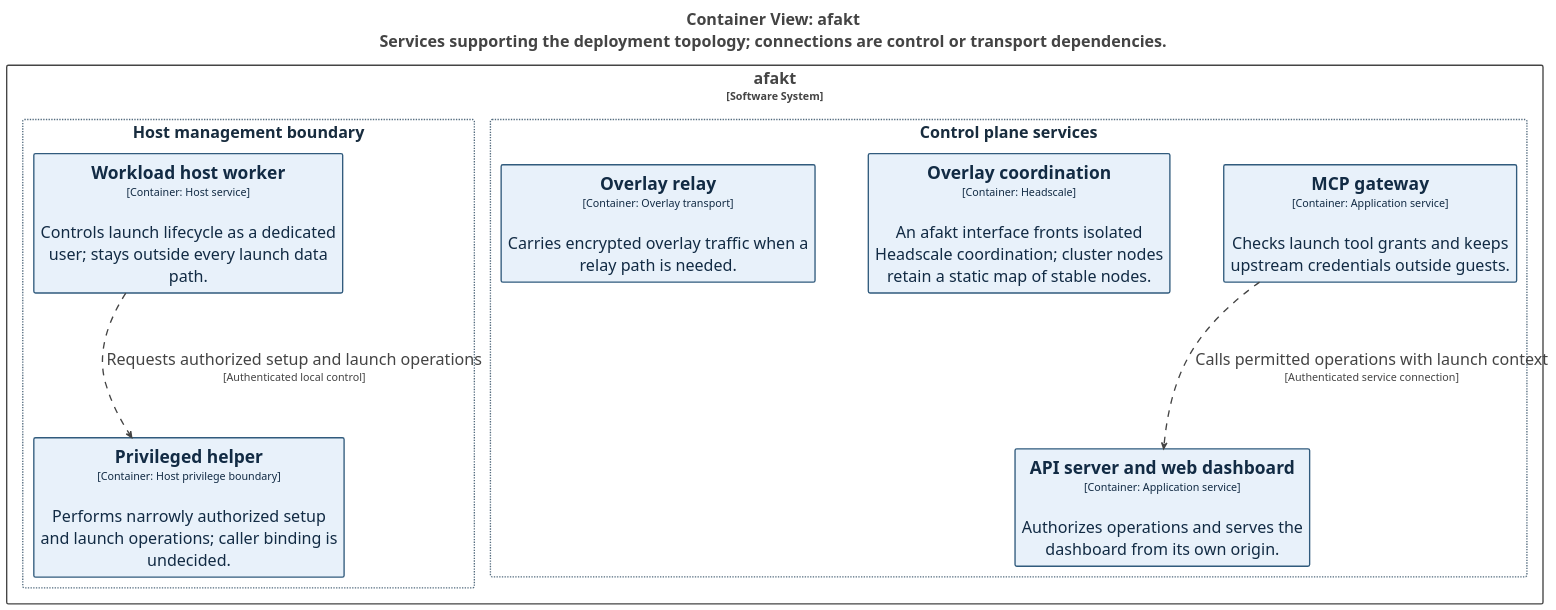
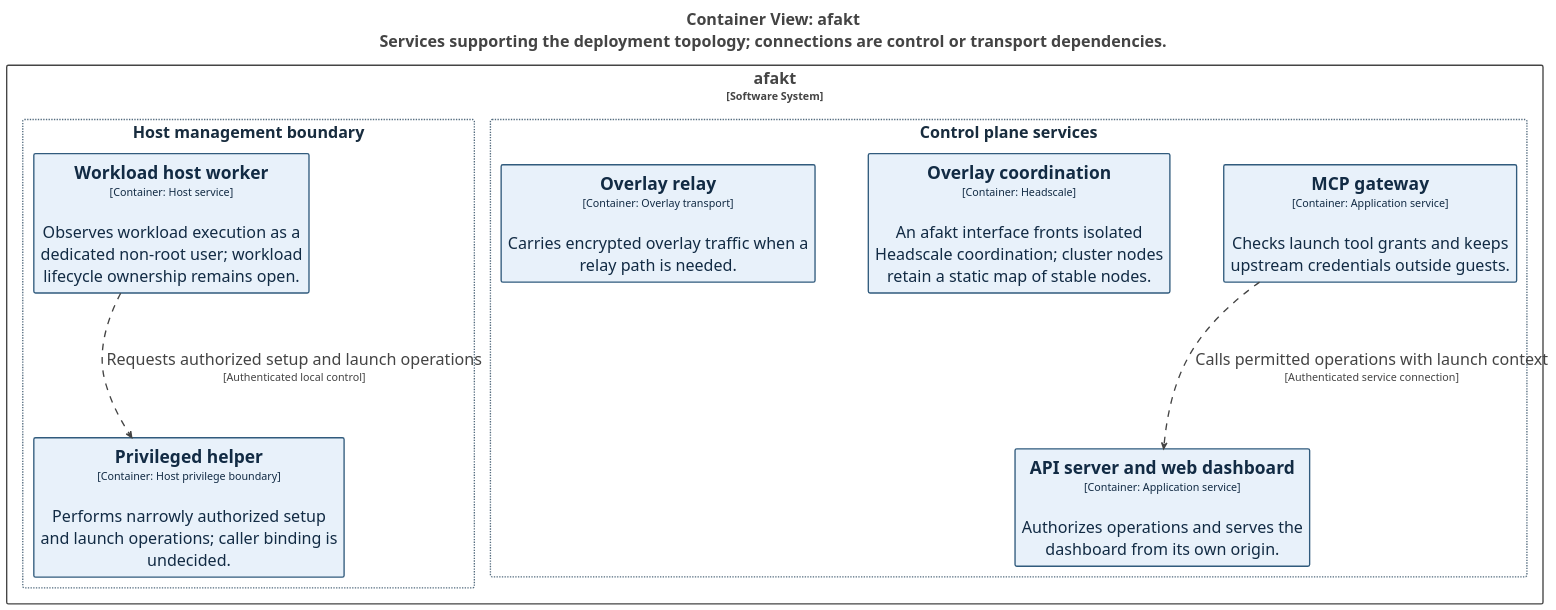
One commit to tbhb-dev/afakt changed the diagram in docs/diagrams/structurizr-network-service-boundaries.puml. Above: the diagram before and after it, drawn with PlantUML. The commit also changed 19 other files, not shown here.

First line of the commit message:
docs: define workload resources and lifecycle boundaries

```diff
--- a/docs/diagrams/structurizr-network-service-boundaries.puml
+++ b/docs/diagrams/structurizr-network-service-boundaries.puml
@@ -1,94 +1,94 @@
 @startuml
 title <size:24>Container View: afakt</size>\n<size:24>Services supporting the deployment topology; connections are control or transport dependencies.</size>
 
 set separator none
 top to bottom direction
 skinparam ranksep 20
 skinparam nodesep 5
 hide stereotype
 
 skinparam {
   nodesep 80
   ranksep 160
 }
 
 <style>
   root {
     BackgroundColor: #ffffff;
     FontColor: #444444;
   }
   // Element,Topology
   .Element-RWxlbWVudCxUb3BvbG9neQ== {
     BackgroundColor: #e8f1fa;
     LineColor: #315b7d;
     LineStyle: 0;
     LineThickness: 2;
     FontColor: #122b44;
     FontSize: 24;
     HorizontalAlignment: center;
     Shadowing: 0;
     MaximumWidth: 450;
   }
   // Relationship
   .Relationship-UmVsYXRpb25zaGlw {
     LineThickness: 2;
     LineStyle: 10-10;
     LineColor: #444444;
     FontColor: #444444;
     FontSize: 24;
     MaximumWidth: 200;
   }
   // afakt
   .Boundary-YWZha3Q= {
     BackgroundColor: #ffffff;
     LineColor: #444444;
     LineStyle: 0;
     LineThickness: 2;
     FontColor: #444444;
     FontSize: 24;
     HorizontalAlignment: center;
     Shadowing: 0;
   }
   // Control plane services
   .Group-Q29udHJvbCBwbGFuZSBzZXJ2aWNlcw== {
     BackgroundColor: #ffffff;
     LineColor: #536b7e;
     LineStyle: 2-2;
     LineThickness: 2;
     FontColor: #182c3e;
     FontSize: 24;
     HorizontalAlignment: center;
     Shadowing: 0;
   }
   // Host management boundary
   .Group-SG9zdCBtYW5hZ2VtZW50IGJvdW5kYXJ5 {
     BackgroundColor: #ffffff;
     LineColor: #536b7e;
     LineStyle: 2-2;
     LineThickness: 2;
     FontColor: #182c3e;
     FontSize: 24;
     HorizontalAlignment: center;
     Shadowing: 0;
   }
 </style>
 
 rectangle "afakt\n<size:16>[Software System]</size>" <<Boundary-YWZha3Q=>> {
   rectangle "Control plane services" <<Group-Q29udHJvbCBwbGFuZSBzZXJ2aWNlcw==>> as group1 {
     rectangle "==API server and web dashboard\n<size:16>[Container: Application service]</size>\n\nAuthorizes operations and serves the dashboard from its own origin." <<Element-RWxlbWVudCxUb3BvbG9neQ==>> as afakt.APIserverandwebdashboard
     rectangle "==MCP gateway\n<size:16>[Container: Application service]</size>\n\nChecks launch tool grants and keeps upstream credentials outside guests." <<Element-RWxlbWVudCxUb3BvbG9neQ==>> as afakt.MCPgateway
     rectangle "==Overlay coordination\n<size:16>[Container: Headscale]</size>\n\nAn afakt interface fronts isolated Headscale coordination; cluster nodes retain a static map of stable nodes." <<Element-RWxlbWVudCxUb3BvbG9neQ==>> as afakt.Overlaycoordination
     rectangle "==Overlay relay\n<size:16>[Container: Overlay transport]</size>\n\nCarries encrypted overlay traffic when a relay path is needed." <<Element-RWxlbWVudCxUb3BvbG9neQ==>> as afakt.Overlayrelay
   }
 
   rectangle "Host management boundary" <<Group-SG9zdCBtYW5hZ2VtZW50IGJvdW5kYXJ5>> as group2 {
-    rectangle "==Workload host worker\n<size:16>[Container: Host service]</size>\n\nControls launch lifecycle as a dedicated user; stays outside every launch data path." <<Element-RWxlbWVudCxUb3BvbG9neQ==>> as afakt.Workloadhostworker
+    rectangle "==Workload host worker\n<size:16>[Container: Host service]</size>\n\nObserves workload execution as a dedicated non-root user; workload lifecycle ownership remains open." <<Element-RWxlbWVudCxUb3BvbG9neQ==>> as afakt.Workloadhostworker
     rectangle "==Privileged helper\n<size:16>[Container: Host privilege boundary]</size>\n\nPerforms narrowly authorized setup and launch operations; caller binding is undecided." <<Element-RWxlbWVudCxUb3BvbG9neQ==>> as afakt.Privilegedhelper
   }
 
 }
 
 afakt.Workloadhostworker --> afakt.Privilegedhelper <<Relationship-UmVsYXRpb25zaGlw>> : "Requests authorized setup and launch operations\n<size:16>[Authenticated local control]</size>"
 afakt.MCPgateway --> afakt.APIserverandwebdashboard <<Relationship-UmVsYXRpb25zaGlw>> : "Calls permitted operations with launch context\n<size:16>[Authenticated service connection]</size>"
 
 @enduml
```
